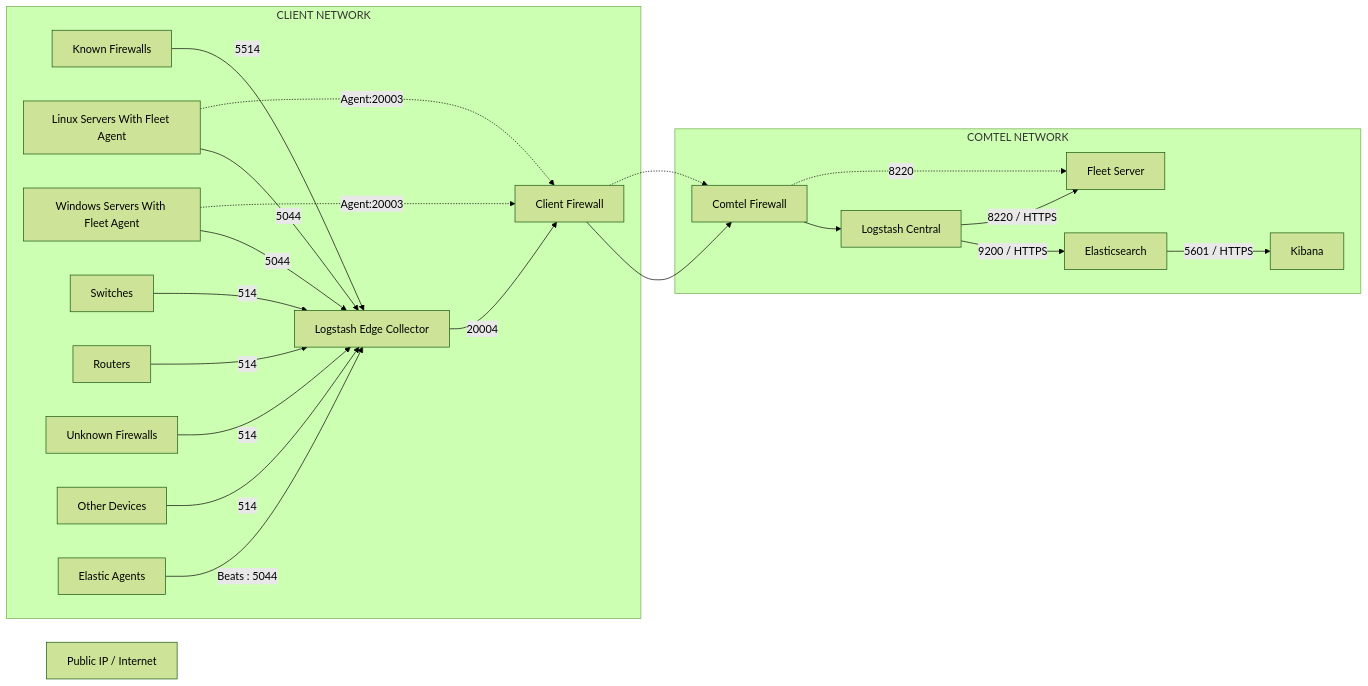
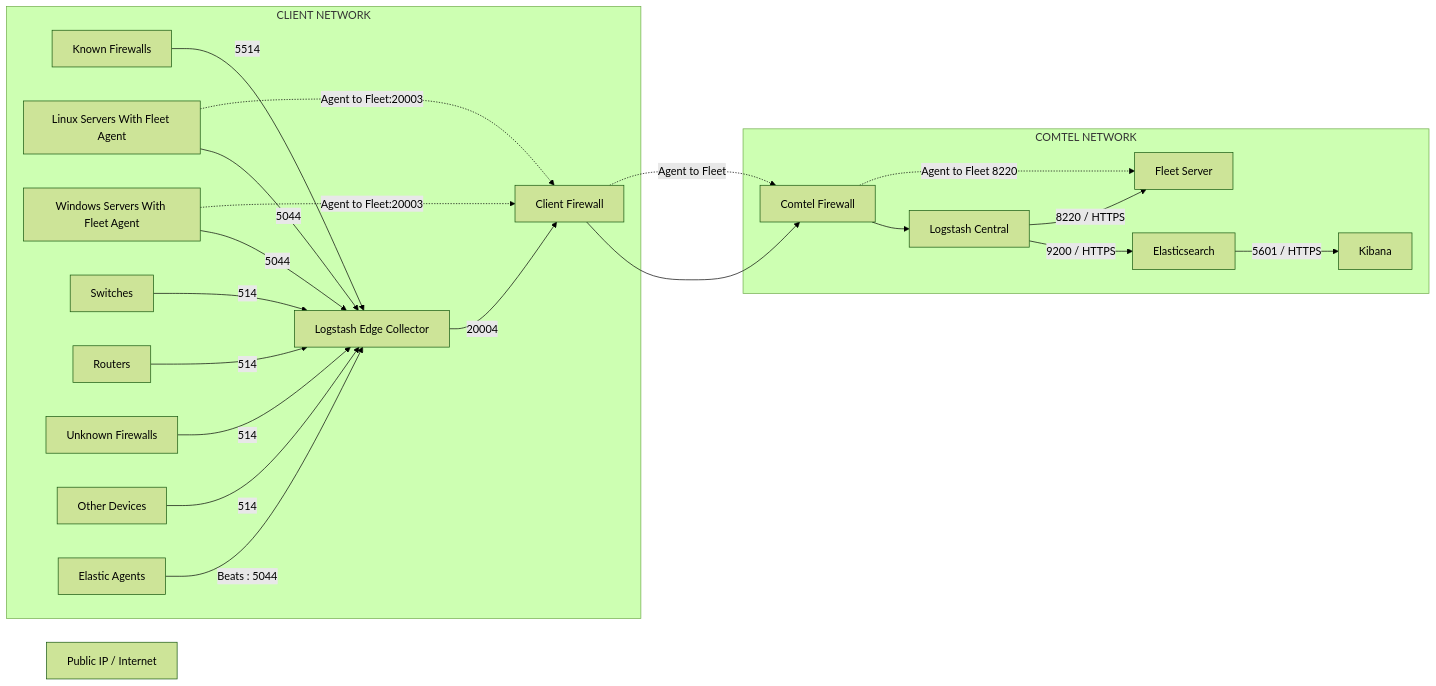
The diagram in README.md (bhautik-comtel/ELK-config), drawn with Mermaid (forest theme) before and after one commit.

Commit message:
Update agent references in README.md

````diff
--- a/README.md
+++ b/README.md
@@ -20,71 +20,71 @@
 ```mermaid
 flowchart LR
 
 %% =========================
 %% CLIENT NETWORK
 %% =========================
 subgraph CLIENT["CLIENT NETWORK"]
 
     KFW["Known Firewalls"]
     LNX["Linux Servers With Fleet Agent"]
     WIN["Windows Servers With Fleet Agent"]
     SW["Switches"]
     RTR["Routers"]
     FW["Unknown Firewalls"]
     OTH["Other Devices"]
 
     AGENT["Elastic Agents"]
 
     EDGE["Logstash Edge Collector"]
 
     FW --  "514" --> EDGE
     KFW -- "5514" --> EDGE
     LNX -- "5044" --> EDGE
     WIN -- "5044" --> EDGE
     SW --  "514" --> EDGE
     RTR -- "514" --> EDGE
     OTH -- "514" --> EDGE
 
     AGENT -- "Beats : 5044" --> EDGE
 
     CFW["Client Firewall"]
 
     EDGE -- "20004" --> CFW
 end
 
 %% =========================
 %% WAN / INTERNET
 %% =========================
 
 INET["Public IP / Internet"]
 
 %% =========================
 %% COMTEL NETWORK
 %% =========================
 subgraph COMTEL["COMTEL NETWORK"]
 
     COMFW["Comtel Firewall"]
 
     CENTRAL["Logstash Central"]
 
     ES["Elasticsearch"]
 
     KB["Kibana"]
 
     FLEET["Fleet Server"]
 
     COMFW --> CENTRAL
 
     CENTRAL -- "9200 / HTTPS" --> ES
 
     ES -- "5601 / HTTPS" --> KB
 
     CENTRAL -- "8220 / HTTPS" --> FLEET
 end
 
 CFW --> COMFW
 
-WIN -. "Agent:20003" .-> CFW
-LNX -. "Agent:20003" .-> CFW
-CFW -.-> COMFW -."8220".-> FLEET
+WIN -. "Agent to Fleet:20003" .-> CFW
+LNX -. "Agent to Fleet:20003" .-> CFW
+CFW -. "Agent to Fleet" .-> COMFW -."Agent to Fleet 8220".-> FLEET
 ```
````
